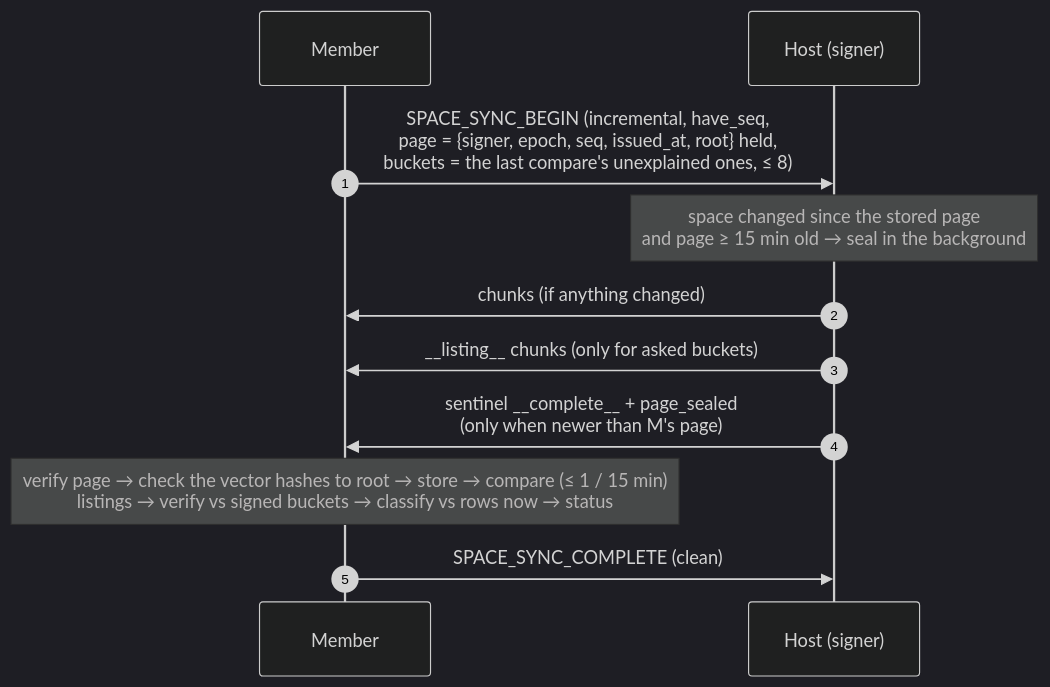
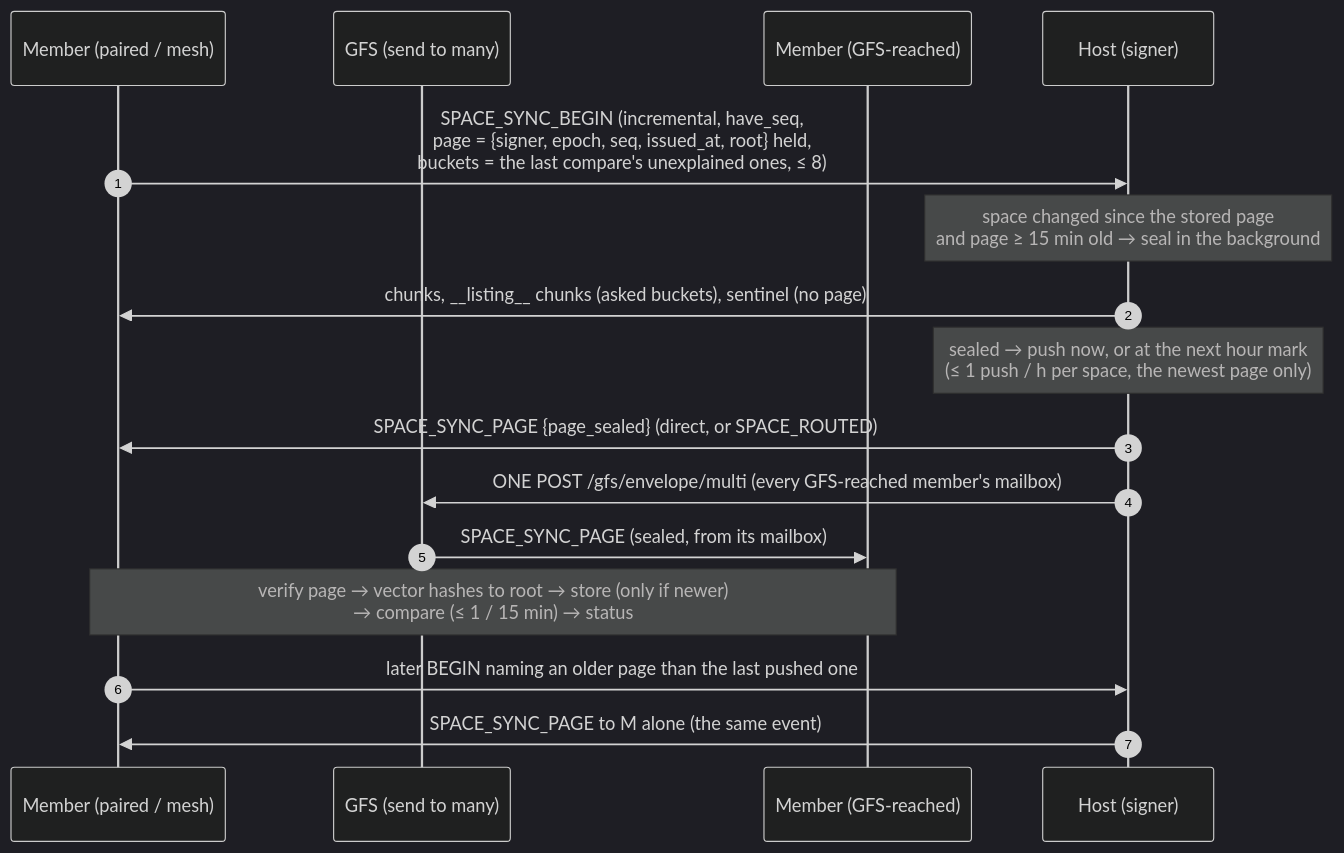
One commit to social-home-io/socialhome changed the first of 3 diagrams in docs/protocol/sync-pages.md. Above: the diagram before and after it, drawn with Mermaid (dark theme). The commit also changed other lines of this file and 32 other files, not shown here.

First line of the commit message:
Sync pages are pushed to every member household, at most hourly

````diff
--- a/docs/protocol/sync-pages.md
+++ b/docs/protocol/sync-pages.md
@@ -322,13 +328,18 @@
 ```mermaid
 sequenceDiagram
     autonumber
-    participant M as Member
+    participant M as Member (paired / mesh)
+    participant G as GFS (send to many)
+    participant R as Member (GFS-reached)
     participant H as Host (signer)
     M->>H: SPACE_SYNC_BEGIN (incremental, have_seq,<br/>page = {signer, epoch, seq, issued_at, root} held,<br/>buckets = the last compare's unexplained ones, ≤ 8)
     Note over H: space changed since the stored page<br/>and page ≥ 15 min old → seal in the background
-    H->>M: chunks (if anything changed)
-    H->>M: __listing__ chunks (only for asked buckets)
-    H->>M: sentinel __complete__ + page_sealed<br/>(only when newer than M's page)
-    Note over M: verify page → check the vector hashes to root → store → compare (≤ 1 / 15 min)<br/>listings → verify vs signed buckets → classify vs rows now → status
-    M->>H: SPACE_SYNC_COMPLETE (clean)
+    H->>M: chunks, __listing__ chunks (asked buckets), sentinel (no page)
+    Note over H: sealed → push now, or at the next hour mark<br/>(≤ 1 push / h per space, the newest page only)
+    H->>M: SPACE_SYNC_PAGE {page_sealed} (direct, or SPACE_ROUTED)
+    H->>G: ONE POST /gfs/envelope/multi (every GFS-reached member's mailbox)
+    G->>R: SPACE_SYNC_PAGE (sealed, from its mailbox)
+    Note over M,R: verify page → vector hashes to root → store (only if newer)<br/>→ compare (≤ 1 / 15 min) → status
+    M->>H: later BEGIN naming an older page than the last pushed one
+    H->>M: SPACE_SYNC_PAGE to M alone (the same event)
 ```
````
